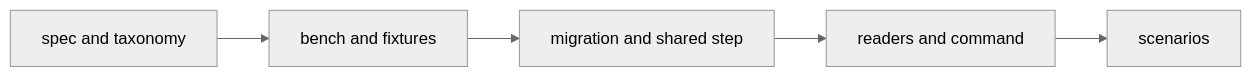
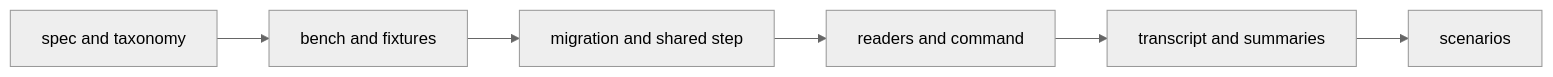
One commit to desek/agentloupe changed the fourth of 4 diagrams in docs/cr/CR-0012-session-log-backfill.md. Above: the diagram before and after it, drawn with Mermaid (neutral theme). The commit also changed other lines of this file, not shown here.

````diff
--- a/docs/cr/CR-0012-session-log-backfill.md
+++ b/docs/cr/CR-0012-session-log-backfill.md
@@ -223,4 +237,4 @@
 ```mermaid
 flowchart LR
-    A[spec and taxonomy] --> B[bench and fixtures] --> C[migration and shared step] --> D[readers and command] --> E[scenarios]
+    A[spec and taxonomy] --> B[bench and fixtures] --> C[migration and shared step] --> D[readers and command] --> F[transcript and summaries] --> E[scenarios]
 ```
````
